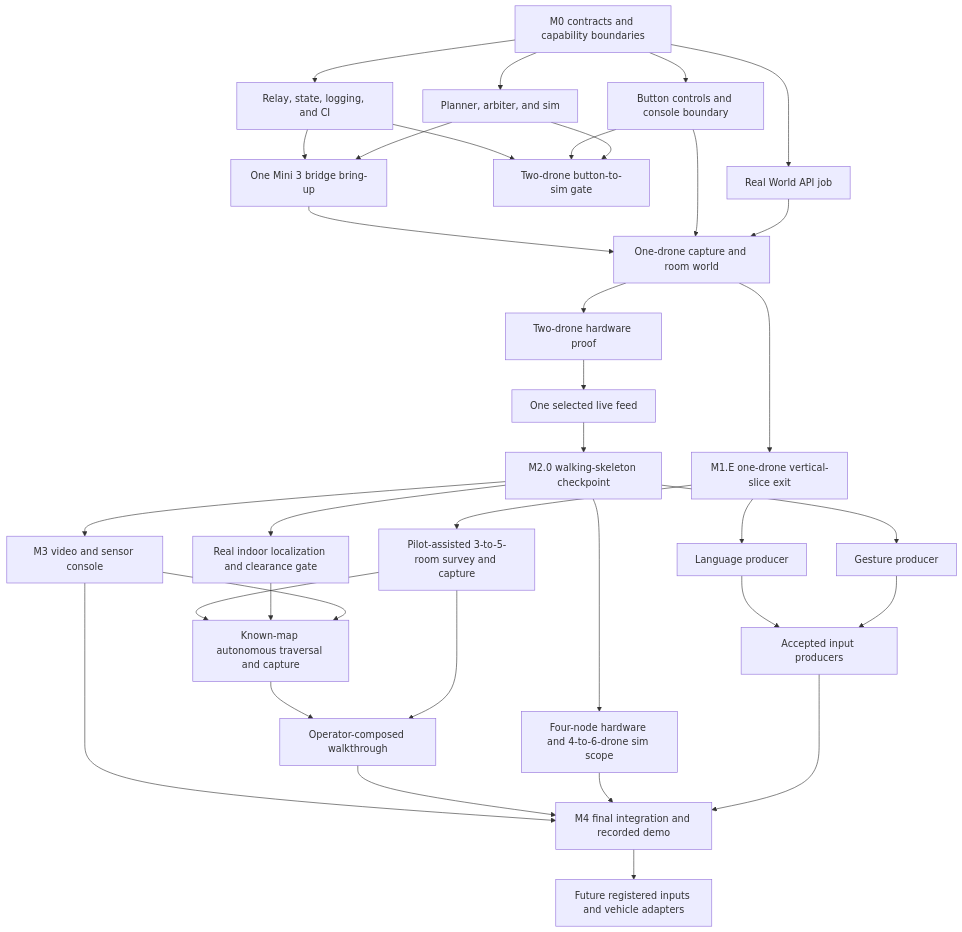
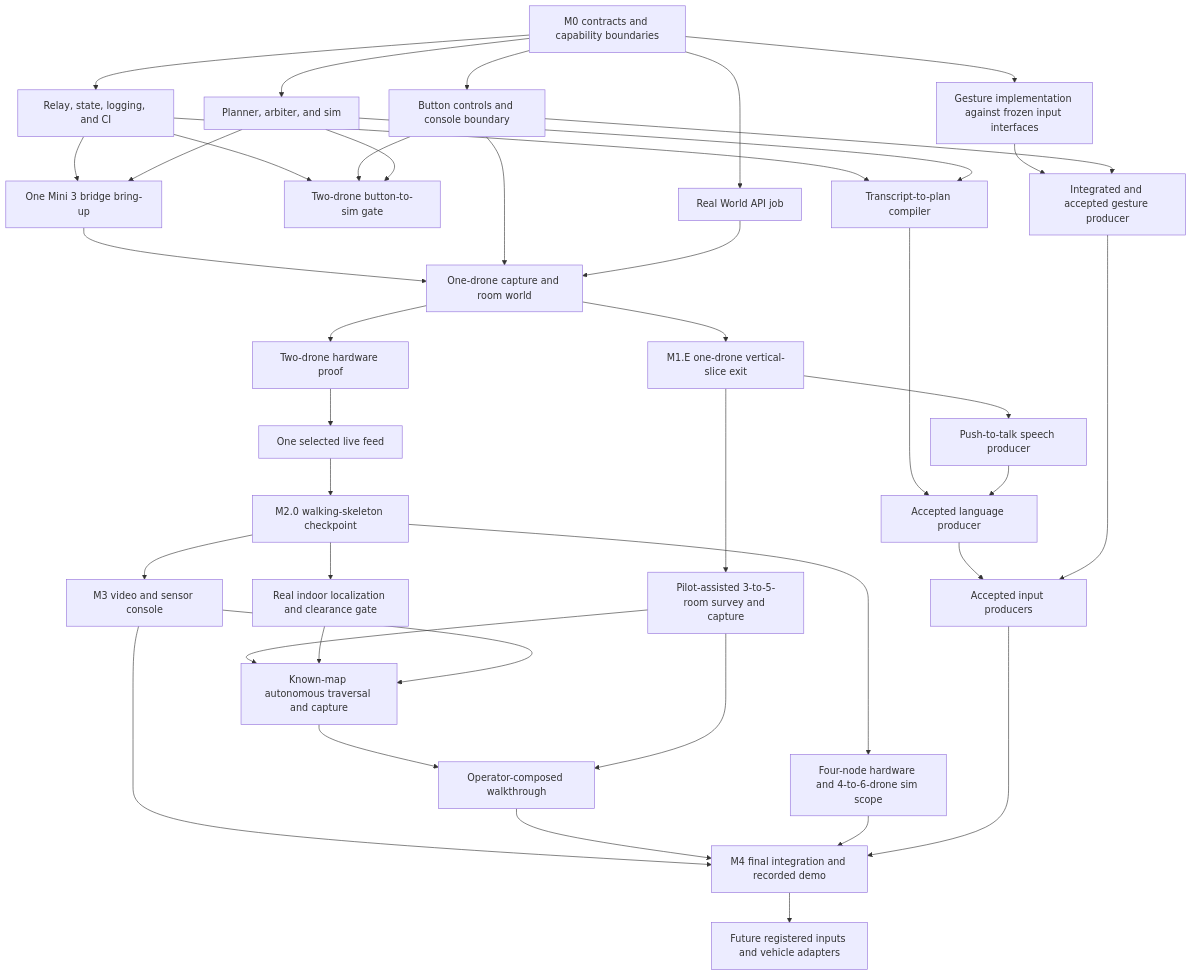
The diagram in docs/mvp-plan.md (worldofhacks/sweep), drawn with Mermaid before and after one commit. The commit also changed other lines of this file and 2 other files, not shown here.

First line of the commit message:
docs: align parallel input-channel readiness (correction eight) (#40)

````diff
--- a/docs/mvp-plan.md
+++ b/docs/mvp-plan.md
@@ -13,37 +13,43 @@
 ```mermaid
 flowchart TD
     m0[M0 contracts and capability boundaries] --> relay[Relay, state, logging, and CI]
     m0 --> worldapi[Real World API job]
     m0 --> controls[Button controls and console boundary]
     m0 --> autonomy[Planner, arbiter, and sim]
     relay --> simgate[Two-drone button-to-sim gate]
     controls --> simgate
     autonomy --> simgate
     relay --> bridge[One Mini 3 bridge bring-up]
     autonomy --> bridge
     bridge --> hw1[One-drone capture and room world]
     controls --> hw1
     worldapi --> hw1
     hw1 --> m1e[M1.E one-drone vertical-slice exit]
     m1e --> rooms[Pilot-assisted 3-to-5-room survey and capture]
     hw1 --> hw2[Two-drone hardware proof]
     hw2 --> feed[One selected live feed]
     feed --> m20[M2.0 walking-skeleton checkpoint]
-    m1e --> language[Language producer]
-    m20 --> gesture[Gesture producer]
+    relay --> compiler[Transcript-to-plan compiler]
+    autonomy --> compiler
+    m1e --> speech[Push-to-talk speech producer]
+    compiler --> language[Accepted language producer]
+    speech --> language
+    m0 --> gesturedev[Gesture implementation against frozen input interfaces]
+    gesturedev --> gesture[Integrated and accepted gesture producer]
+    controls --> gesture
     m20 --> scale[Four-node hardware and 4-to-6-drone sim scope]
     m20 --> video[M3 video and sensor console]
     m20 --> localization[Real indoor localization and clearance gate]
     rooms --> knownmap[Known-map autonomous traversal and capture]
     localization --> knownmap
     video --> knownmap
     language --> inputs[Accepted input producers]
     gesture --> inputs
     knownmap --> compose[Operator-composed walkthrough]
     rooms --> compose
     video --> release[M4 final integration and recorded demo]
     compose --> release
     scale --> release
     inputs --> release
     release --> future[Future registered inputs and vehicle adapters]
 ```
````
